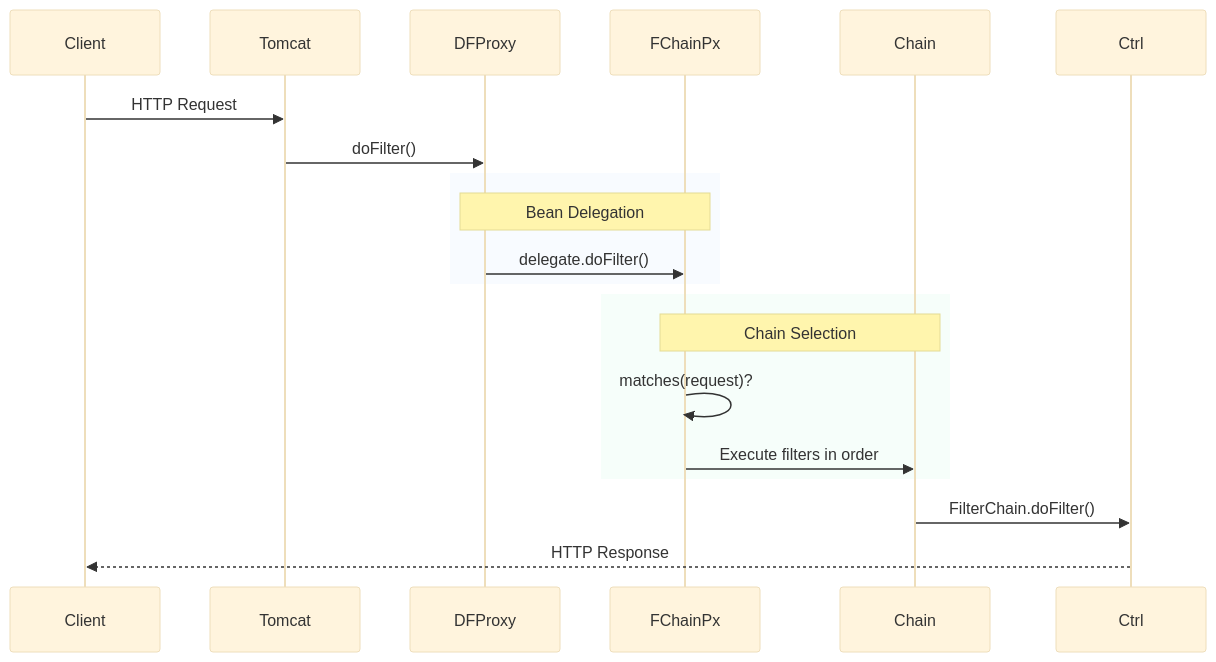
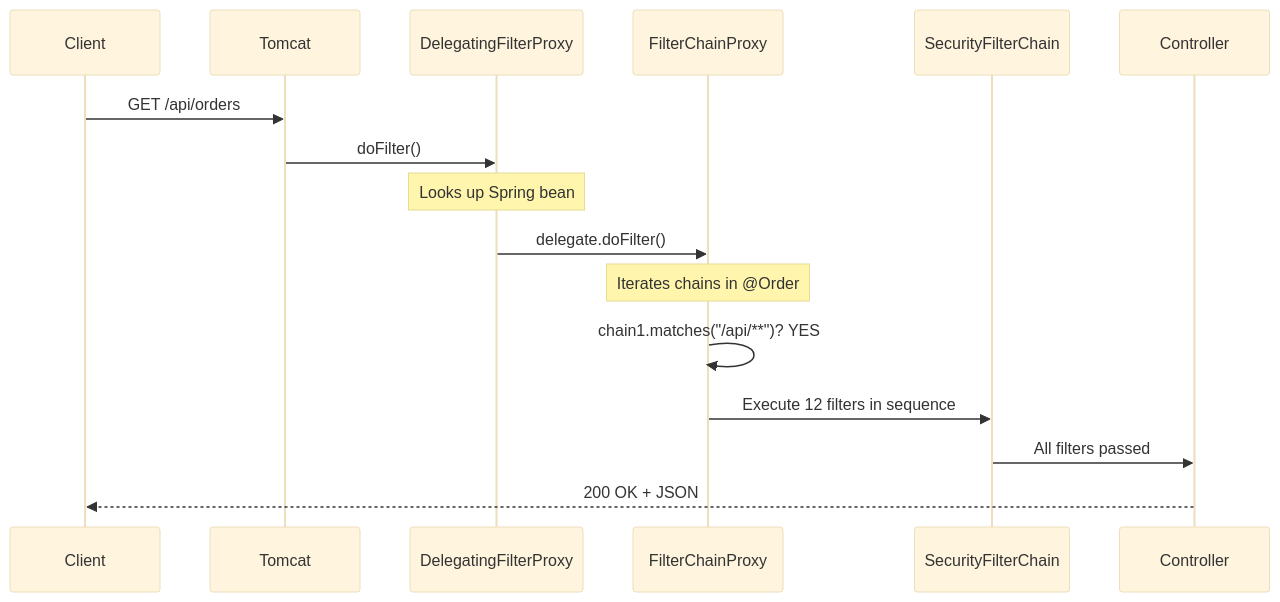
One commit to saivamsikaruturi/vamsilabs-dev-notes-main changed the second of 11 diagrams in docs/springboot/security-filter-chain.md. Above: the diagram before and after it, drawn with Mermaid (base theme). The commit also changed other lines of this file and 21 other files, not shown here.

````diff
--- a/docs/springboot/security-filter-chain.md
+++ b/docs/springboot/security-filter-chain.md
@@ -129,26 +106,19 @@
 ```mermaid
 sequenceDiagram
     participant Cli as Client
     participant Tom as Tomcat
-    participant DFP as DFProxy
-    participant FCP as FChainPx
-    participant Ch as Chain
-    participant Ctrl as Ctrl
+    participant DFP as DelegatingFilterProxy
+    participant FCP as FilterChainProxy
+    participant Ch as SecurityFilterChain
+    participant Ctrl as Controller
 
-    Cli->>Tom: HTTP Request
+    Cli->>Tom: GET /api/orders
     Tom->>DFP: doFilter()
-
-    rect rgba(219, 234, 254, 0.2)
-        Note over DFP,FCP: Bean Delegation
-        DFP->>FCP: delegate.doFilter()
-    end
-
-    rect rgba(209, 250, 229, 0.2)
-        Note over FCP,Ch: Chain Selection
-        FCP->>FCP: matches(request)?
-        FCP->>Ch: Execute filters in order
-    end
-
-    Ch->>Ctrl: FilterChain.doFilter()
-    Ctrl-->>Cli: HTTP Response
+    Note over DFP: Looks up Spring bean
+    DFP->>FCP: delegate.doFilter()
+    Note over FCP: Iterates chains in @Order
+    FCP->>FCP: chain1.matches("/api/**")? YES
+    FCP->>Ch: Execute 12 filters in sequence
+    Ch->>Ctrl: All filters passed
+    Ctrl-->>Cli: 200 OK + JSON
 ```
````
